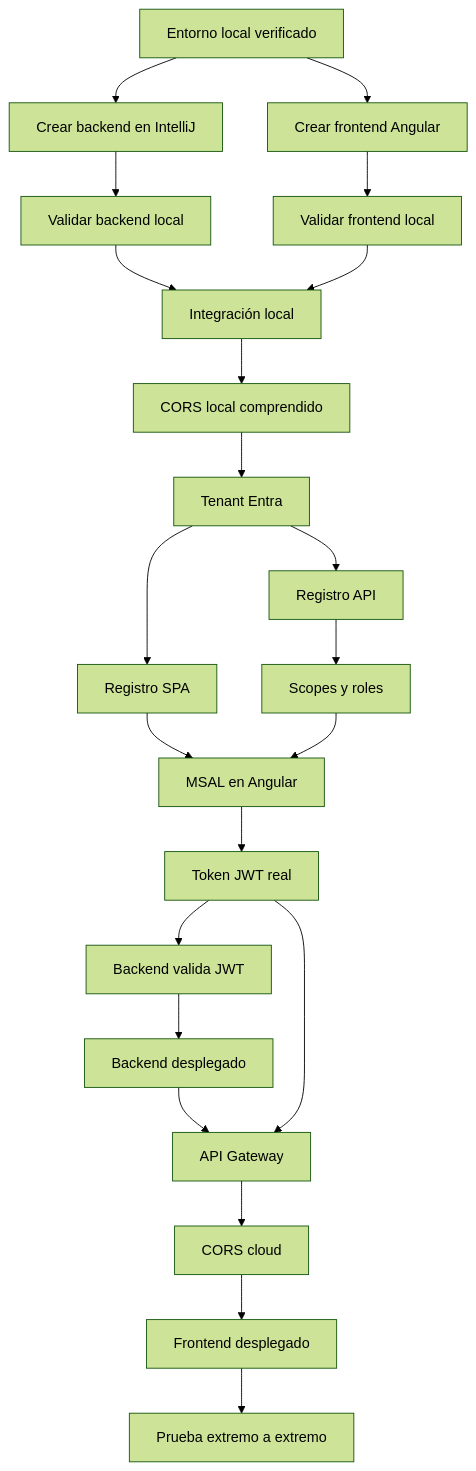
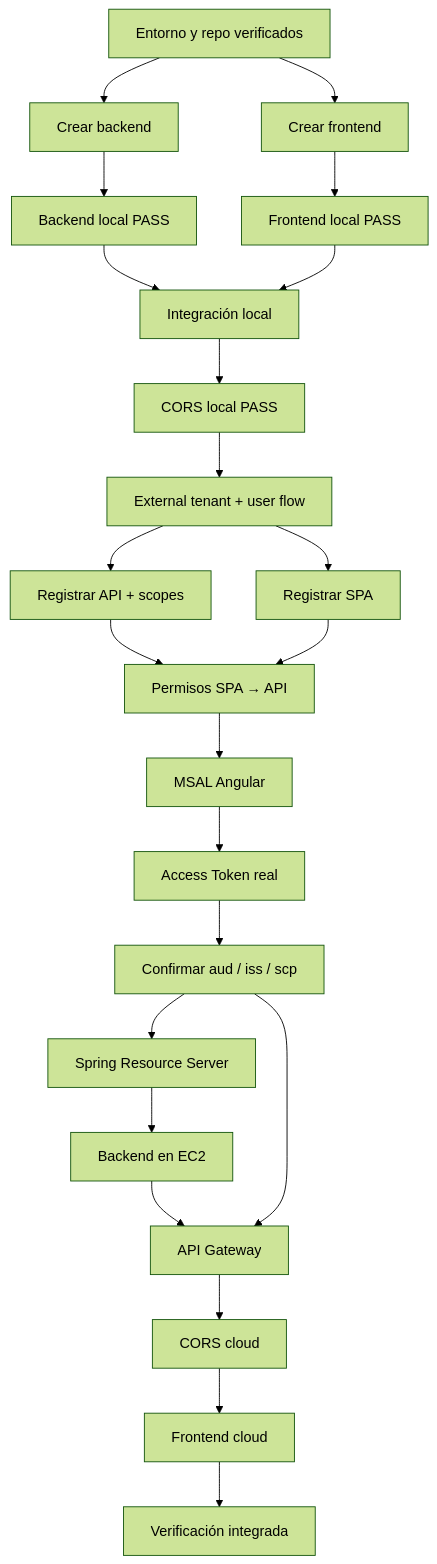
One commit to cmartinezs/DSY1107-DESARROLLO-CLOUD-NATIVE-I-2026-2 changed the diagram in guias-integradas/ev1/00-mapa-y-prerequisitos.md. Above: the diagram before and after it, drawn with Mermaid (forest theme). The commit also changed other lines of this file, not shown here.

````diff
--- a/guias-integradas/ev1/00-mapa-y-prerequisitos.md
+++ b/guias-integradas/ev1/00-mapa-y-prerequisitos.md
@@ -147,24 +129,25 @@
 ```mermaid
 flowchart TD
-    E[Entorno local verificado] --> BI[Crear backend en IntelliJ]
-    E --> FA[Crear frontend Angular]
-    BI --> BV[Validar backend local]
-    FA --> FV[Validar frontend local]
+    E[Entorno y repo verificados] --> BI[Crear backend]
+    E --> FA[Crear frontend]
+    BI --> BV[Backend local PASS]
+    FA --> FV[Frontend local PASS]
     BV --> L[Integración local]
     FV --> L
-    L --> C0[CORS local comprendido]
-    C0 --> T[Tenant Entra]
-    T --> SPA[Registro SPA]
-    T --> API[Registro API]
-    API --> S[Scopes y roles]
-    SPA --> M[MSAL en Angular]
-    S --> M
-    M --> J[Token JWT real]
-    J --> B[Backend valida JWT]
-    B --> EC2[Backend desplegado]
+    L --> C0[CORS local PASS]
+    C0 --> T[External tenant + user flow]
+    T --> API[Registrar API + scopes]
+    T --> SPA[Registrar SPA]
+    API --> P[Permisos SPA → API]
+    SPA --> P
+    P --> M[MSAL Angular]
+    M --> J[Access Token real]
+    J --> V[Confirmar aud / iss / scp]
+    V --> B[Spring Resource Server]
+    B --> EC2[Backend en EC2]
     EC2 --> GW[API Gateway]
-    J --> GW
+    V --> GW
     GW --> C[CORS cloud]
-    C --> FD[Frontend desplegado]
-    FD --> E2E[Prueba extremo a extremo]
+    C --> FD[Frontend cloud]
+    FD --> E2E[Verificación integrada]
 ```
````
